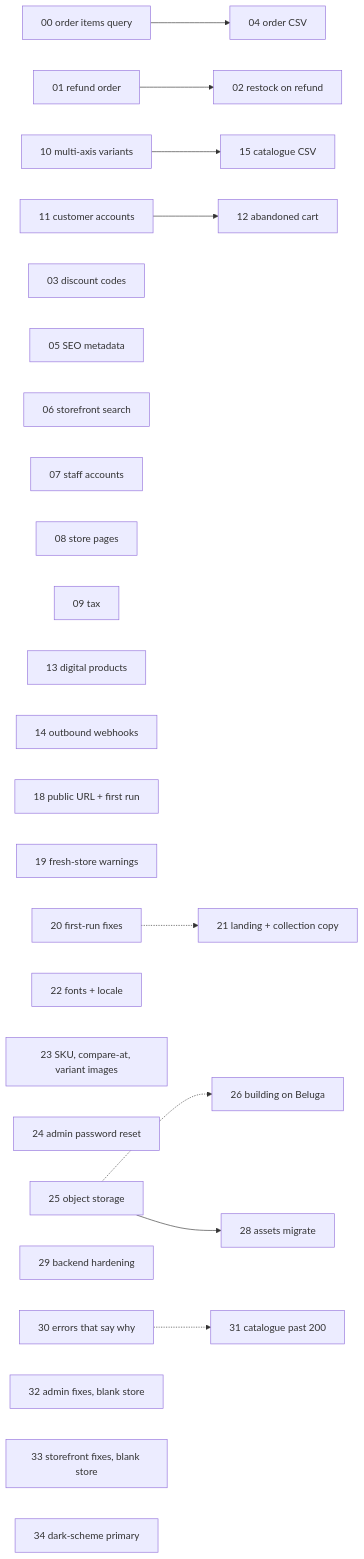
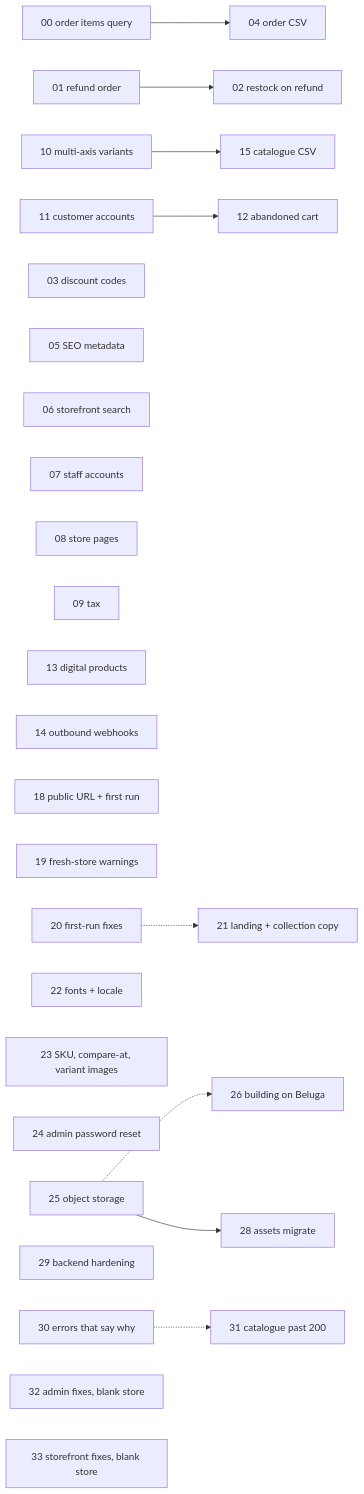
One commit to binx/yesiwantaplatform changed the diagram in docs/tasks/README.md. Above: the diagram before and after it, drawn with Mermaid. The commit also changed other lines of this file and 3 other files, not shown here.

First line of the commit message:
Move task 34 (dark-scheme primary) to docs/gaps

````diff
--- a/docs/tasks/README.md
+++ b/docs/tasks/README.md
@@ -176,28 +176,27 @@
 ```mermaid
 graph LR
   T00[00 order items query] --> T04[04 order CSV]
   T01[01 refund order] --> T02[02 restock on refund]
   T10[10 multi-axis variants] --> T15[15 catalogue CSV]
   T11[11 customer accounts] --> T12[12 abandoned cart]
   T03[03 discount codes]
   T05[05 SEO metadata]
   T06[06 storefront search]
   T07[07 staff accounts]
   T08[08 store pages]
   T09[09 tax]
   T13[13 digital products]
   T14[14 outbound webhooks]
   T18[18 public URL + first run]
   T19[19 fresh-store warnings]
   T20[20 first-run fixes] -.-> T21[21 landing + collection copy]
   T22[22 fonts + locale]
   T23[23 SKU, compare-at, variant images]
   T24[24 admin password reset]
   T25[25 object storage] -.-> T26[26 building on Beluga]
   T25 --> T28[28 assets migrate]
   T29[29 backend hardening]
   T30[30 errors that say why] -.-> T31[31 catalogue past 200]
   T32[32 admin fixes, blank store]
   T33[33 storefront fixes, blank store]
-  T34[34 dark-scheme primary]
 ```
````
